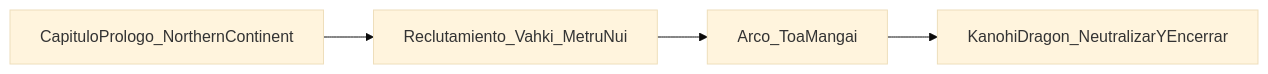
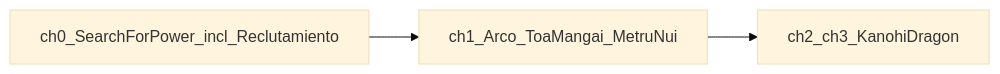
One commit to KhanIvall/ABA-I changed the first of 3 diagrams in DESIGN_INTENT.md. Above: the diagram before and after it, drawn with Mermaid (base theme). The commit also changed other lines of this file and 6 other files, not shown here.

````diff
--- a/DESIGN_INTENT.md
+++ b/DESIGN_INTENT.md
@@ -16,8 +16,7 @@
 ```mermaid
 flowchart LR
-  prologue[CapituloPrologo_NorthernContinent]
-  recruit[Reclutamiento_Vahki_MetruNui]
-  mangai[Arco_ToaMangai]
-  dragon[KanohiDragon_NeutralizarYEncerrar]
-  prologue --> recruit --> mangai --> dragon
+  prologue[ch0_SearchForPower_incl_Reclutamiento]
+  mangai[ch1_Arco_ToaMangai_MetruNui]
+  dragon[ch2_ch3_KanohiDragon]
+  prologue --> mangai --> dragon
 ```
````
